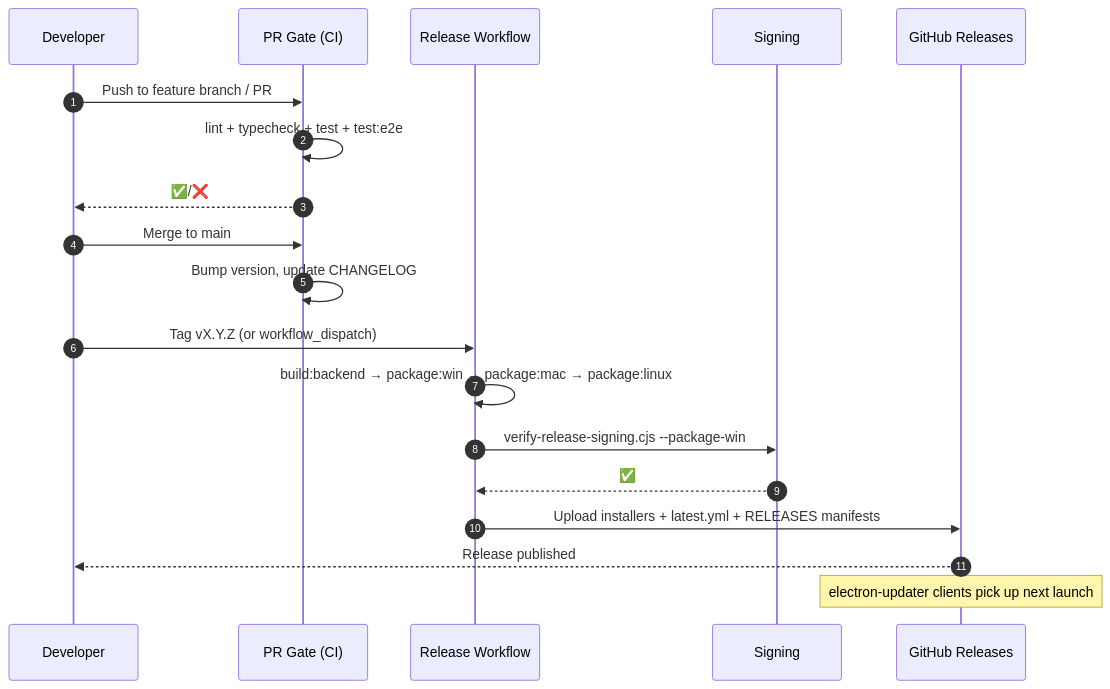
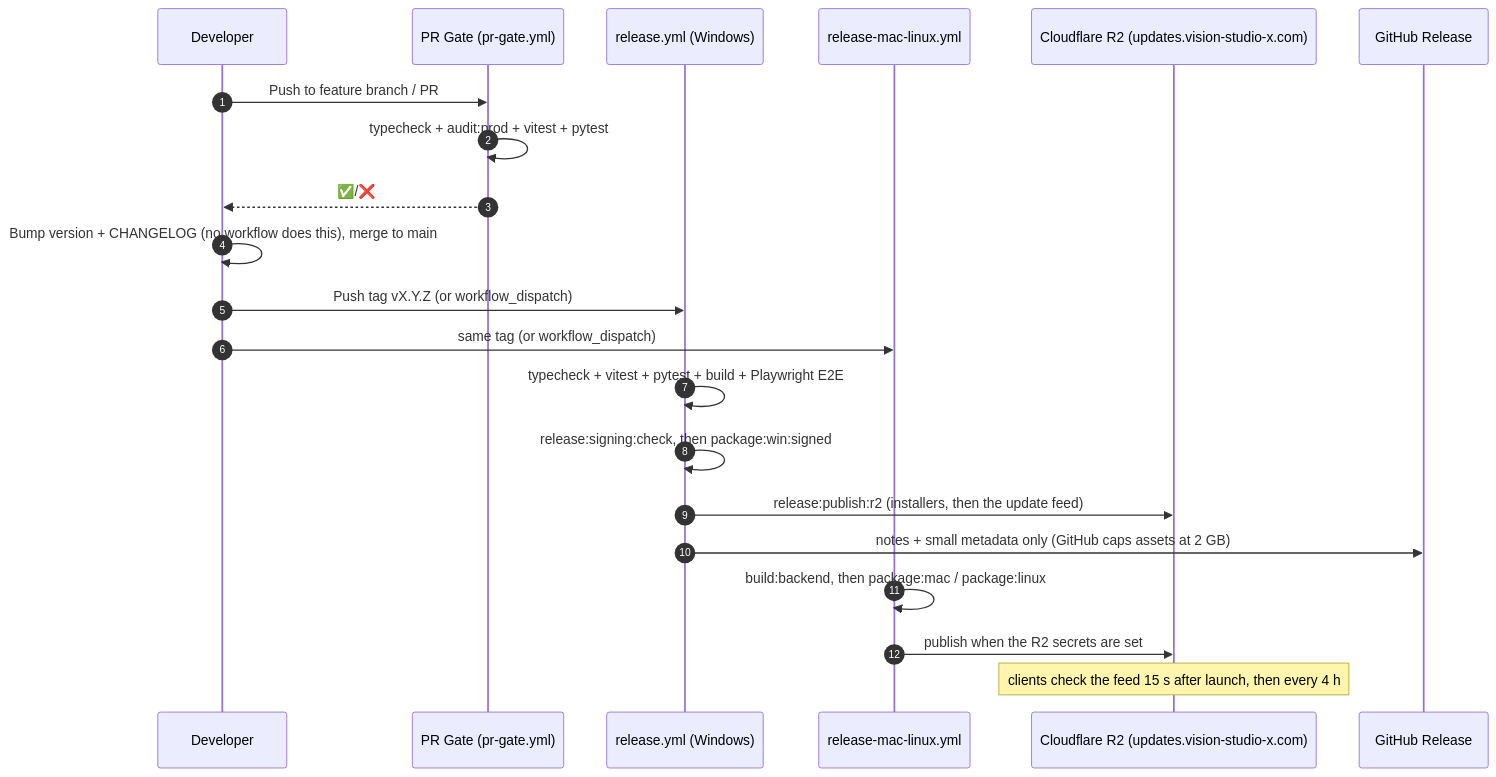
Before and after one commit to Git-Rocky-Stack/vision-studio: the ninth of 9 diagrams in docs/ARCHITECTURE.md, drawn with Mermaid. The commit also changed other lines of this file and 9 other files, not shown here.

````diff
--- a/docs/ARCHITECTURE.md
+++ b/docs/ARCHITECTURE.md
@@ -740,22 +766,24 @@
 ```mermaid
 sequenceDiagram
     autonumber
     participant Dev as Developer
-    participant CI as PR Gate (CI)
-    participant Rel as Release Workflow
-    participant Sign as Signing
-    participant CDN as GitHub Releases
+    participant CI as PR Gate (pr-gate.yml)
+    participant Rel as release.yml (Windows)
+    participant RML as release-mac-linux.yml
+    participant R2 as Cloudflare R2 (updates.vision-studio-x.com)
+    participant GH as GitHub Release
 
     Dev->>CI: Push to feature branch / PR
-    CI->>CI: lint + typecheck + test + test:e2e
+    CI->>CI: typecheck + audit:prod + vitest + pytest
     CI-->>Dev: ✅/❌
-    Dev->>CI: Merge to main
-    CI->>CI: Bump version, update CHANGELOG
-    Dev->>Rel: Tag vX.Y.Z (or workflow_dispatch)
-    Rel->>Rel: build:backend → package:win → package:mac → package:linux
-    Rel->>Sign: verify-release-signing.cjs --package-win
-    Sign-->>Rel: ✅
-    Rel->>CDN: Upload installers + latest.yml + RELEASES manifests
-    CDN-->>Dev: Release published
-    Note over CDN: electron-updater clients pick up next launch
+    Dev->>Dev: Bump version + CHANGELOG (no workflow does this), merge to main
+    Dev->>Rel: Push tag vX.Y.Z (or workflow_dispatch)
+    Dev->>RML: same tag (or workflow_dispatch)
+    Rel->>Rel: typecheck + vitest + pytest + build + Playwright E2E
+    Rel->>Rel: release:signing:check, then package:win:signed
+    Rel->>R2: release:publish:r2 (installers, then the update feed)
+    Rel->>GH: notes + small metadata only (GitHub caps assets at 2 GB)
+    RML->>RML: build:backend, then package:mac / package:linux
+    RML->>R2: publish when the R2 secrets are set
+    Note over R2: clients check the feed 15 s after launch, then every 4 h
 ```
````
